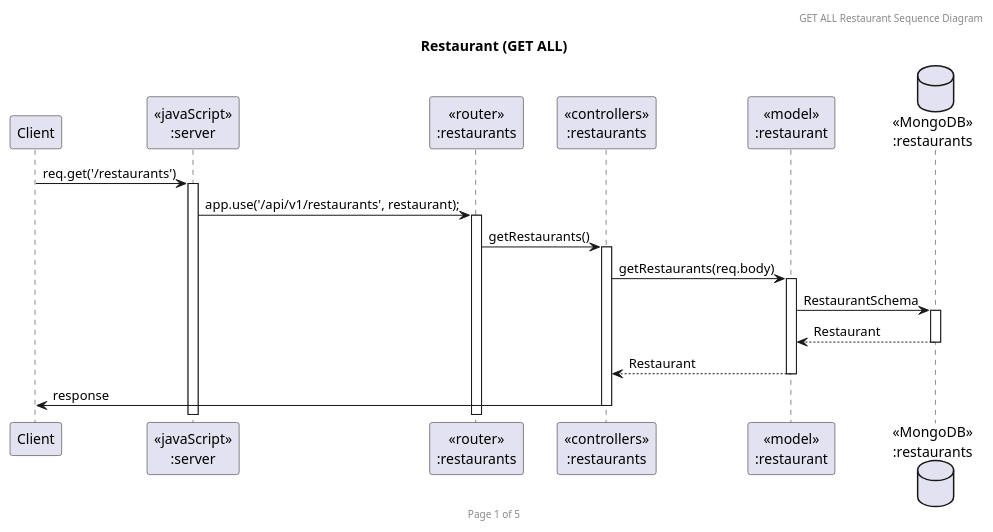
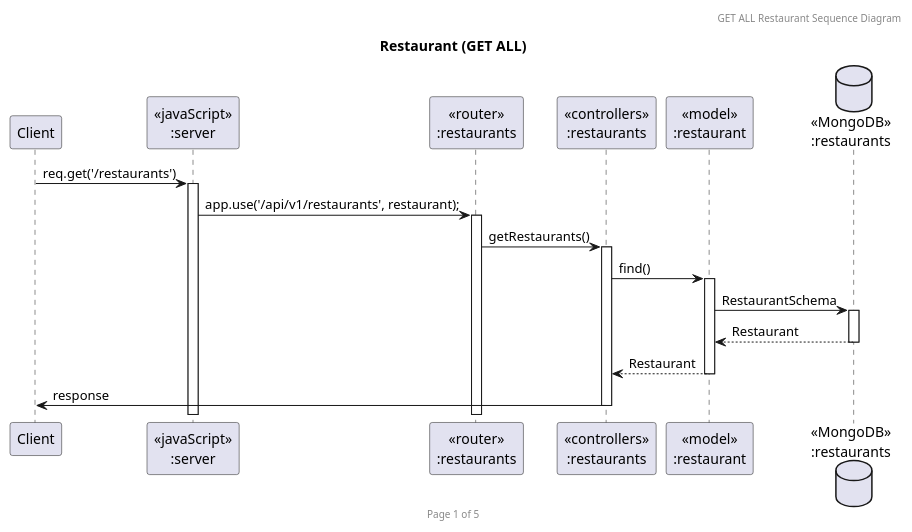
The diagram in Sequence Diagram/Restaurant/RestaurantGetAll.puml (marshmeowllo/RestaurantReservation), drawn with PlantUML before and after one commit. The commit also changed 12 other files, not shown here.

```diff
--- a/Sequence Diagram/Restaurant/RestaurantGetAll.puml
+++ b/Sequence Diagram/Restaurant/RestaurantGetAll.puml
@@ -1,23 +1,23 @@
 @startuml Restaurant (GET ALL)
 
 header GET ALL Restaurant Sequence Diagram
 footer Page 1 of 5
 title "Restaurant (GET ALL)"
 
 participant "Client" as client
 participant "<<javaScript>>\n:server" as server
 participant "<<router>>\n:restaurants" as routerRestaurants
 participant "<<controllers>>\n:restaurants" as controllersRestaurants
 participant "<<model>>\n:restaurant" as modelRestaurants
 database "<<MongoDB>>\n:restaurants" as RestaurantDatabase
 
 client->server ++:req.get('/restaurants')
 server->routerRestaurants ++:app.use('/api/v1/restaurants', restaurant);
 routerRestaurants -> controllersRestaurants ++:getRestaurants()
-controllersRestaurants->modelRestaurants ++: getRestaurants(req.body)
+controllersRestaurants->modelRestaurants ++: find()
 modelRestaurants ->RestaurantDatabase ++: RestaurantSchema
 RestaurantDatabase --> modelRestaurants --: Restaurant
 controllersRestaurants <-- modelRestaurants --:Restaurant
 controllersRestaurants->client --:response
 
 @enduml
```
